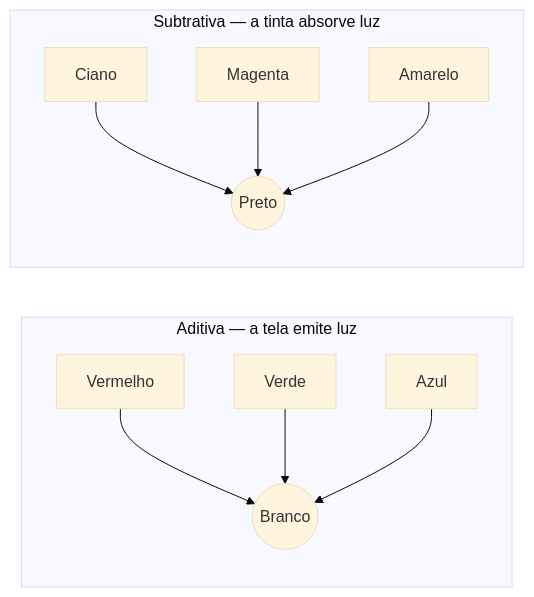
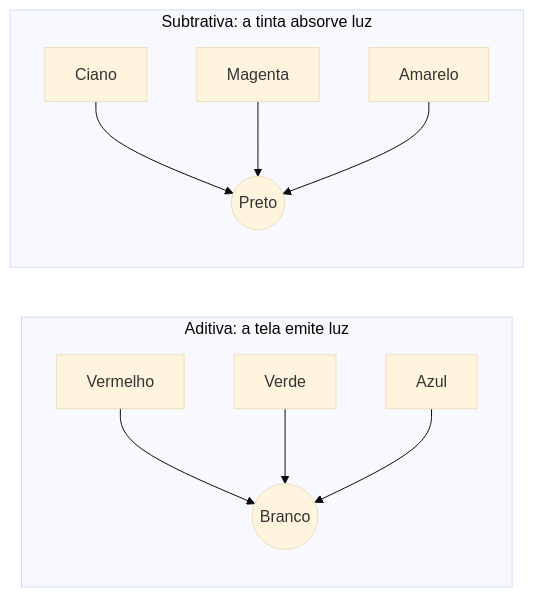
Before and after one commit to claulis/Desenvolvimento-para-Dispositivos-Moveis-2026: the first of 2 diagrams in aulas/aula-02-cor-tipografia-e-ui-ux.md, drawn with Mermaid (base theme). The commit also changed other lines of this file, not shown here.

Commit message:
flowchrt

````diff
--- a/aulas/aula-02-cor-tipografia-e-ui-ux.md
+++ b/aulas/aula-02-cor-tipografia-e-ui-ux.md
@@ -69,13 +70,13 @@
 ```mermaid
 flowchart LR
-    subgraph Aditiva["Aditiva — a tela emite luz"]
-        R[Vermelho] --> W((Branco))
-        G[Verde] --> W
-        B[Azul] --> W
+    subgraph aditiva ["Aditiva: a tela emite luz"]
+        R["Vermelho"] --> W(("Branco"))
+        G["Verde"] --> W
+        B["Azul"] --> W
     end
-    subgraph Subtrativa["Subtrativa — a tinta absorve luz"]
-        C[Ciano] --> K((Preto))
-        M[Magenta] --> K
-        Y[Amarelo] --> K
+    subgraph subtrativa ["Subtrativa: a tinta absorve luz"]
+        C["Ciano"] --> K(("Preto"))
+        M["Magenta"] --> K
+        Y["Amarelo"] --> K
     end
 ```
````
